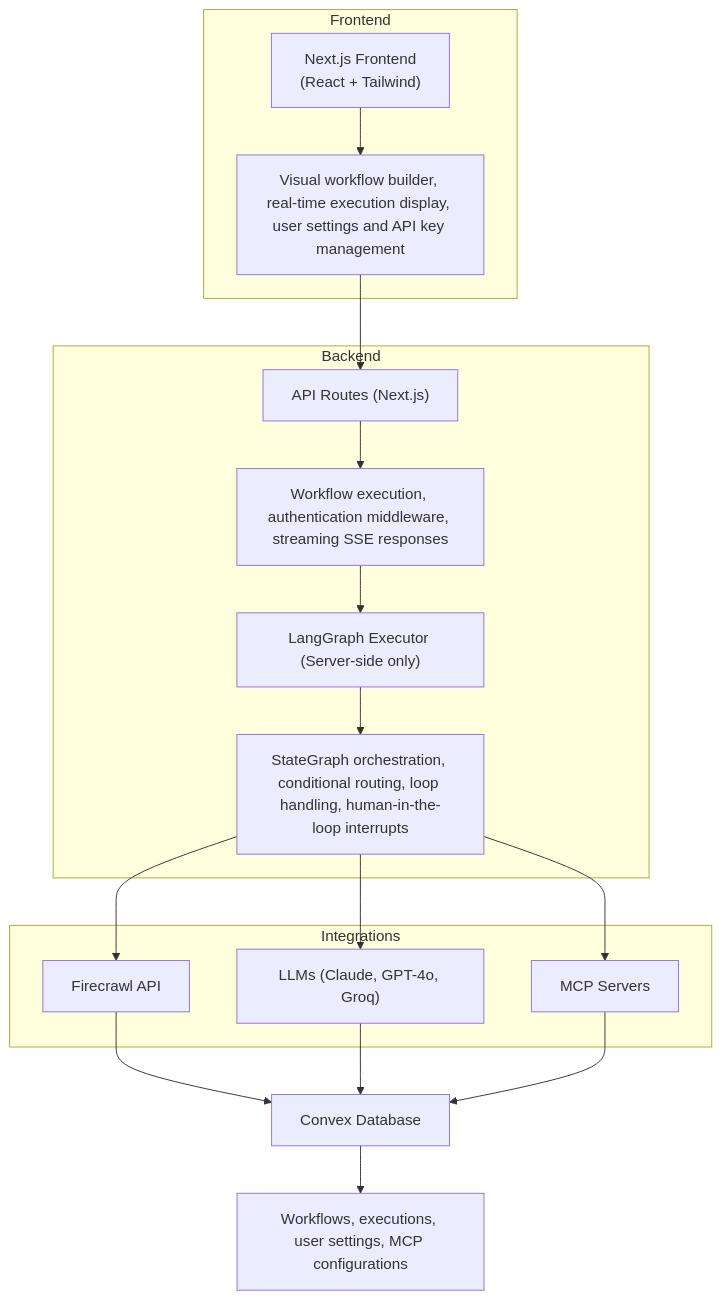
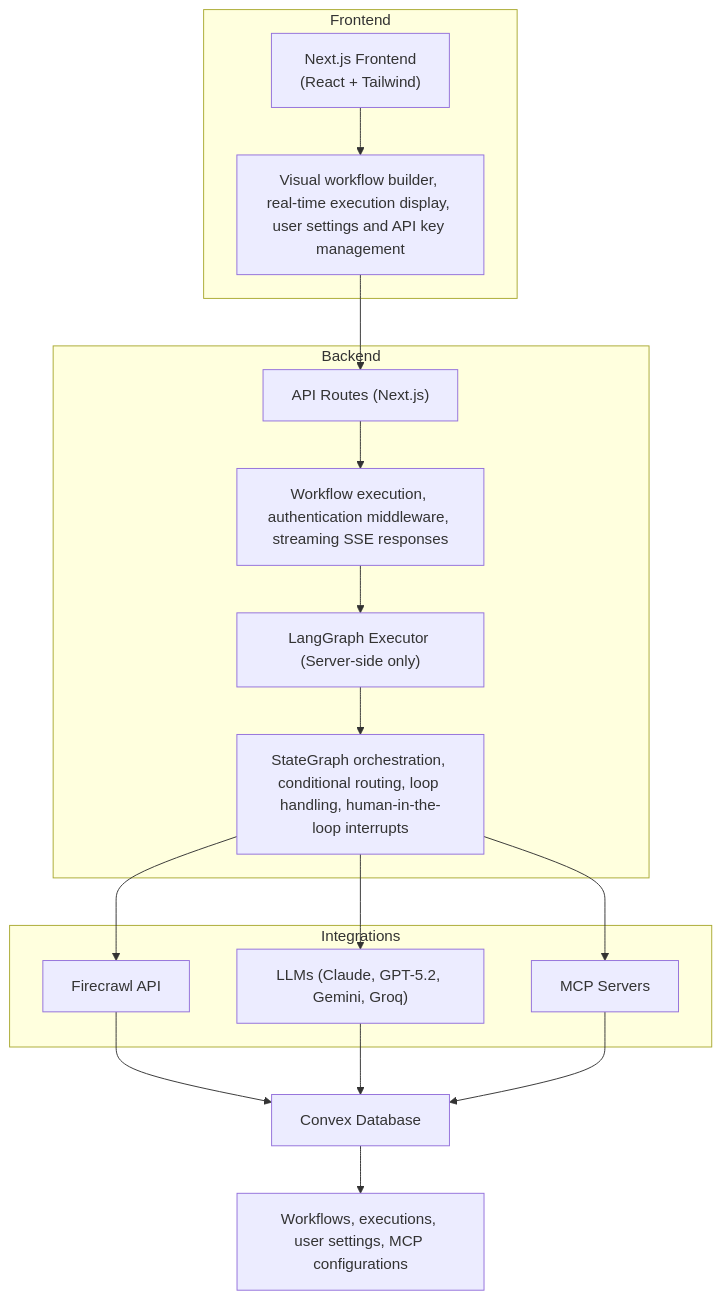
One commit to balajir2/open-agent-builder changed the diagram in README.md. Above: the diagram before and after it, drawn with Mermaid. The commit also changed other lines of this file and 1 other file, not shown here.

````diff
--- a/README.md
+++ b/README.md
@@ -752,36 +775,36 @@
 ```mermaid
 %%{init: {'flowchart': {'htmlLabels': false}} }%%
 flowchart TD
   subgraph Frontend
     A["Next.js Frontend\n(React + Tailwind)"]
     A_desc["Visual workflow builder, real-time execution display, user settings and API key management"]
     A --> A_desc
   end
 
   subgraph Backend
     B["API Routes (Next.js)"]
     B_desc["Workflow execution, authentication middleware, streaming SSE responses"]
     C["LangGraph Executor (Server-side only)"]
     C_desc["StateGraph orchestration, conditional routing, loop handling, human-in-the-loop interrupts"]
     B --> B_desc
     C --> C_desc
     A_desc --> B
     B_desc --> C
   end
 
   subgraph Integrations
     D1["Firecrawl API"]
-    D2["LLMs (Claude, GPT-4o, Groq)"]
+    D2["LLMs (Claude, GPT-5.2, Gemini, Groq)"]
     D3["MCP Servers"]
     C_desc --> D1
     C_desc --> D2
     C_desc --> D3
   end
 
   D_common["Convex Database"]
   D_common_desc["Workflows, executions, user settings, MCP configurations"]
   D1 --> D_common
   D2 --> D_common
   D3 --> D_common
   D_common --> D_common_desc
 ```
````
